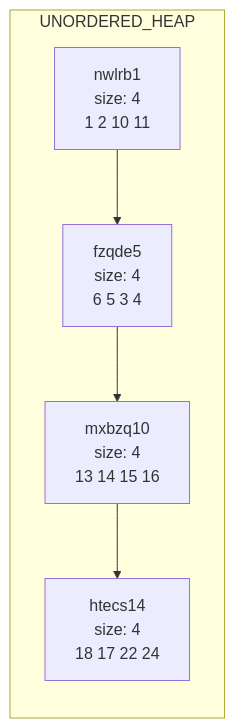
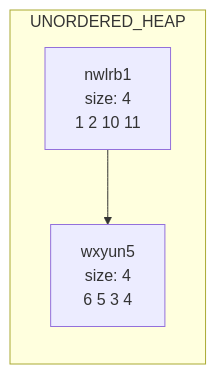
The second of 2 diagrams in data/chart.md (shiridikumar/phase1_dup), drawn with Mermaid before and after one commit. The commit also changed other lines of this file and 39 other files, not shown here.

````diff
--- a/data/chart.md
+++ b/data/chart.md
@@ -35,12 +19,8 @@
 ```mermaid
 graph LR
 subgraph UNORDERED_HEAP
 nwlrb1[nwlrb1<br/>size: 4<br/>1 2 10 11 ]
-fzqde5[fzqde5<br/>size: 4<br/>6 5 3 4 ]
-nwlrb1-->fzqde5
-mxbzq10[mxbzq10<br/>size: 4<br/>13 14 15 16 ]
-fzqde5-->mxbzq10
-htecs14[htecs14<br/>size: 4<br/>18 17 22 24 ]
-mxbzq10-->htecs14
+wxyun5[wxyun5<br/>size: 4<br/>6 5 3 4 ]
+nwlrb1-->wxyun5
 end
 ```
````
